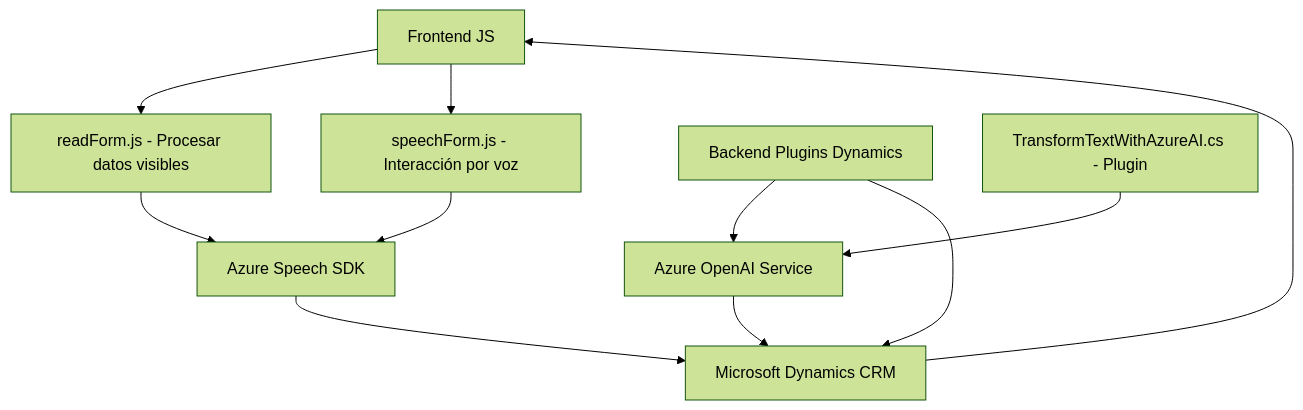
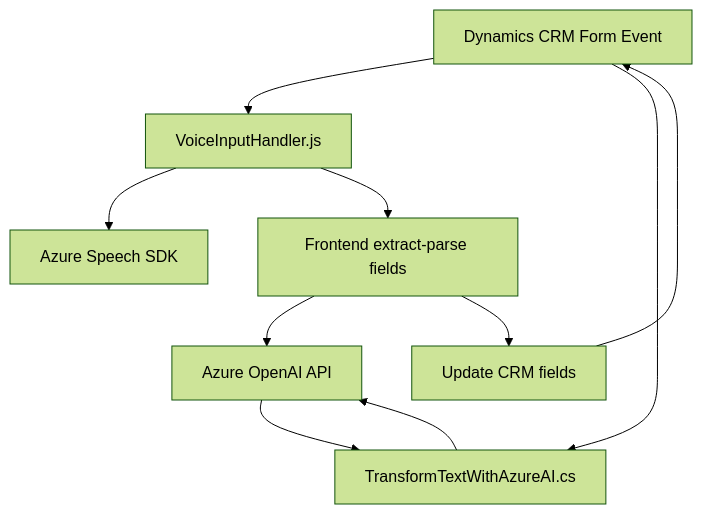
One commit to blopezdm/NETCORE_BILBAO2025 changed the diagram in README.md. Above: the diagram before and after it, drawn with Mermaid (forest theme). The commit also changed other lines of this file, not shown here.

````diff
--- a/README.md
+++ b/README.md
@@ -53,20 +32,20 @@
 ```mermaid
 graph TD
-    A["Frontend JS"]
-    A1["readForm.js - Procesar datos visibles"]
-    A2["speechForm.js - Interacción por voz"]
-    B["Azure Speech SDK"]
-    C["Backend Plugins Dynamics"]
-    C1["TransformTextWithAzureAI.cs - Plugin"]
-    D["Microsoft Dynamics CRM"]
-    E["Azure OpenAI Service"]
-    
-    A --> A1 --> B
-    A --> A2 --> B
-    C --> E
-    C --> D
-    D --> A
+    A["Dynamics CRM Form Event"]
+    B["VoiceInputHandler.js"]
+    C["Azure Speech SDK"]
+    D["Frontend extract-parse fields"]
+    E["Update CRM fields"]
+    F["Azure OpenAI API"]
+    G["TransformTextWithAzureAI.cs"]
+
+    A --> B
+    B --> C
     B --> D
-    E --> D
-    C1 --> E
+    D --> F
+    D --> E
+    E --> A
+    A --> G
+    G --> F
+    F --> G
 ```
````
